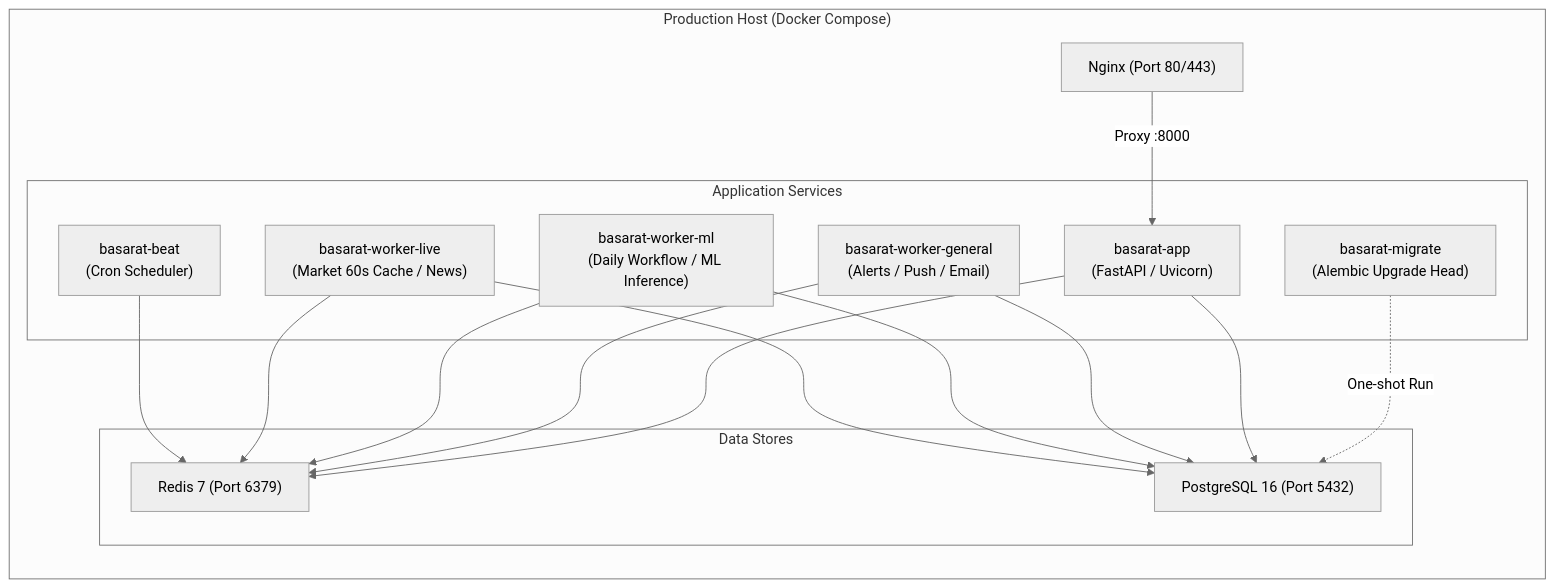
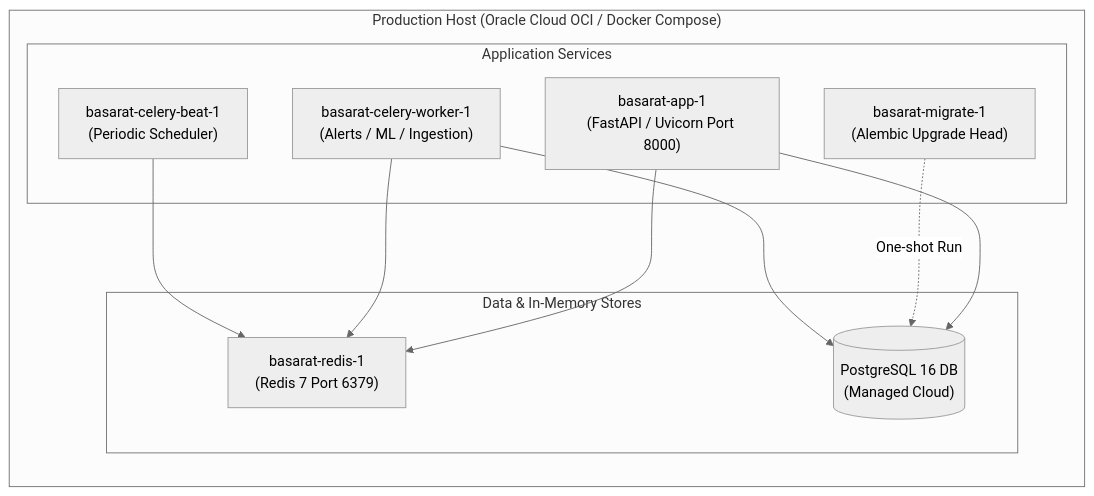
Before and after one commit to iahmedd-k/Basarat-fyp-official: the second of 5 diagrams in docs/02-architecture/software-design-document.md, drawn with Mermaid (neutral theme). The commit also changed 13 other files, not shown here.

Commit message:
docs & deploy: clarify direct FastAPI port 8000 topology on Oracle OCI, archive legacy nginx/ec2 scripts

````diff
--- a/docs/02-architecture/software-design-document.md
+++ b/docs/02-architecture/software-design-document.md
@@ -87,28 +87,23 @@
 ```mermaid
 flowchart LR
-    subgraph Host ["Production Host (Docker Compose)"]
-        NGINX["Nginx (Port 80/443)"]
-        
+    subgraph Host ["Production Host (Oracle Cloud OCI / Docker Compose)"]
         subgraph Services ["Application Services"]
-            APP["basarat-app<br/>(FastAPI / Uvicorn)"]
-            MIGRATE["basarat-migrate<br/>(Alembic Upgrade Head)"]
-            WORKER_GEN["basarat-worker-general<br/>(Alerts / Push / Email)"]
-            WORKER_ML["basarat-worker-ml<br/>(Daily Workflow / ML Inference)"]
-            WORKER_LIVE["basarat-worker-live<br/>(Market 60s Cache / News)"]
-            BEAT["basarat-beat<br/>(Cron Scheduler)"]
+            APP["basarat-app-1<br/>(FastAPI / Uvicorn Port 8000)"]
+            MIGRATE["basarat-migrate-1<br/>(Alembic Upgrade Head)"]
+            WORKER["basarat-celery-worker-1<br/>(Alerts / ML / Ingestion)"]
+            BEAT["basarat-celery-beat-1<br/>(Periodic Scheduler)"]
         end
 
-        subgraph DataStores ["Data Stores"]
-            REDIS["Redis 7 (Port 6379)"]
-            POSTGRES["PostgreSQL 16 (Port 5432)"]
+        subgraph DataStores ["Data & In-Memory Stores"]
+            REDIS["basarat-redis-1<br/>(Redis 7 Port 6379)"]
+            POSTGRES[("PostgreSQL 16 DB<br/>(Managed Cloud)")]
         end
     end
 
-    NGINX -->|Proxy :8000| APP
-    MIGRATE -.->|One-shot Run| POSTGRES
     APP --> POSTGRES
     APP --> REDIS
-    WORKER_GEN & WORKER_ML & WORKER_LIVE --> REDIS
-    WORKER_GEN & WORKER_ML & WORKER_LIVE --> POSTGRES
+    MIGRATE -.->|One-shot Run| POSTGRES
+    WORKER --> REDIS
+    WORKER --> POSTGRES
     BEAT --> REDIS
 ```
````
